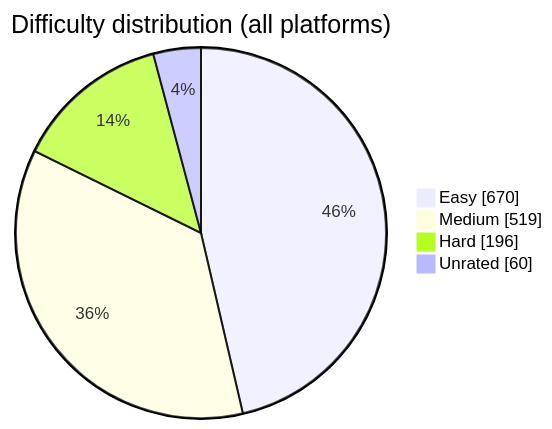
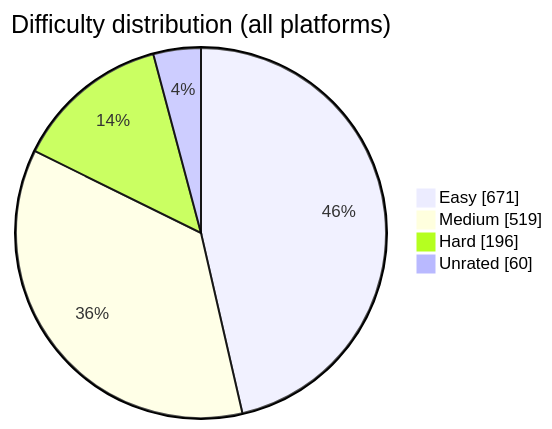
Before and after one commit to BuildbyArindam/Daily-Coding-Log: the diagram in README.md, drawn with Mermaid. The commit also changed other lines of this file, not shown here.

````diff
--- a/README.md
+++ b/README.md
@@ -93,7 +93,7 @@
 ```mermaid
 pie showData title Difficulty distribution (all platforms)
-    "Easy" : 670
+    "Easy" : 671
     "Medium" : 519
     "Hard" : 196
     "Unrated" : 60
 ```
````
